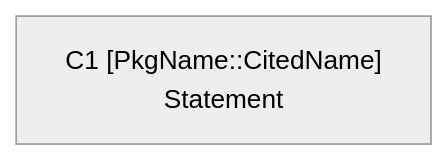
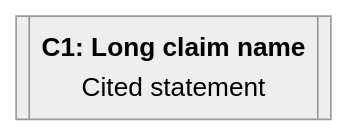
Before and after one commit to coreinfrastructure/best-practices-badge: the eighth of 20 diagrams in docs/sacm-mermaid.md, drawn with Mermaid. The commit also changed other lines of this file, not shown here.

````diff
--- a/docs/sacm-mermaid.md
+++ b/docs/sacm-mermaid.md
@@ -465,14 +472,14 @@
 ```mermaid
 ---
 config:
   theme: neutral
   flowchart:
     curve: linear
     htmlLabels: true
     rankSpacing: 60
     nodeSpacing: 45
     padding: 15
 ---
 flowchart BT
-    C1["C1 [PkgName::CitedName]<br>Statement"]
+    C1[["<b>C1: Long claim name</b><br>Cited statement"]]
 ```
````
